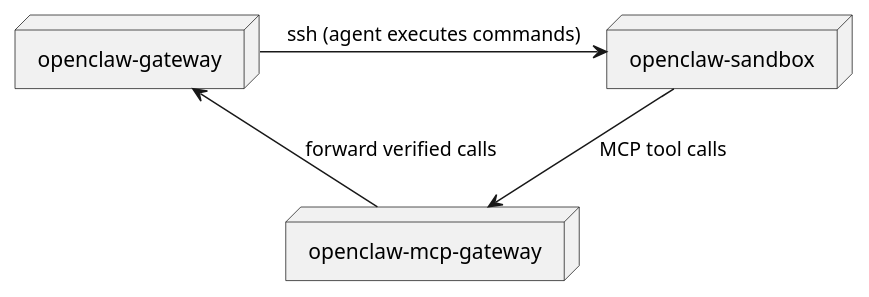
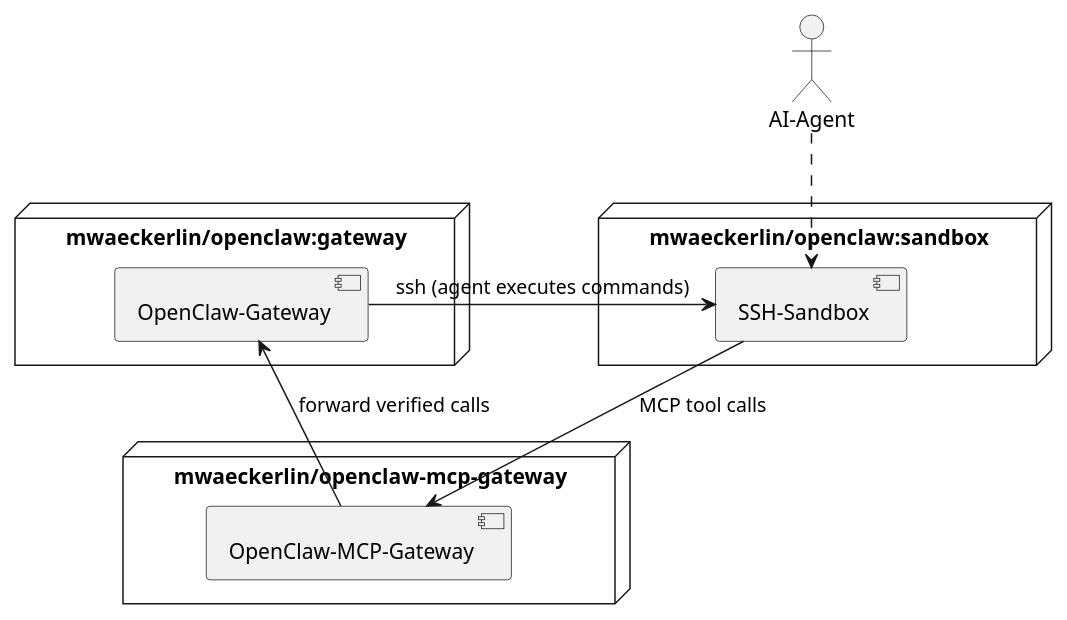
The first of 2 diagrams in README.md (mwaeckerlin/openclaw-mcp-gateway), drawn with PlantUML before and after one commit. The commit also changed other lines of this file, not shown here.

Commit message:
improved README

````diff
--- a/README.md
+++ b/README.md
@@ -7,11 +11,18 @@
 ```plantuml
 @startuml
-node "openclaw-gateway" as gateway
-node "openclaw-sandbox" as sandbox
-node "openclaw-mcp-gateway" as mcp
+node "mwaeckerlin/openclaw:gateway" {
+  [OpenClaw-Gateway] as gateway
+}
+node "mwaeckerlin/openclaw:sandbox" {
+  [SSH-Sandbox] as sandbox
+}
+node "mwaeckerlin/openclaw-mcp-gateway" {
+  [OpenClaw-MCP-Gateway] as mcp
+}
 
 gateway --right--> sandbox : ssh (agent executes commands)
 sandbox -down-> mcp    : MCP tool calls
 mcp -up-> gateway    : forward verified calls
+:AI-Agent: .down.> sandbox
 @enduml
 ```
````
